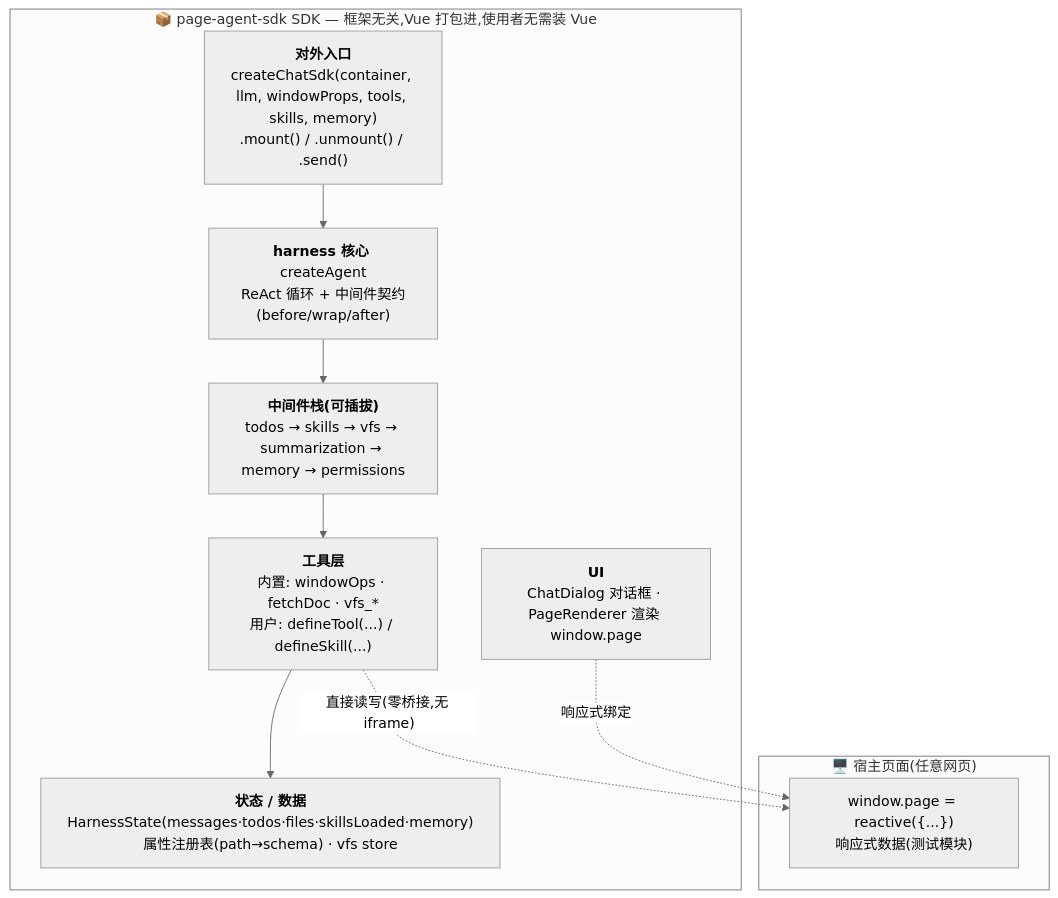
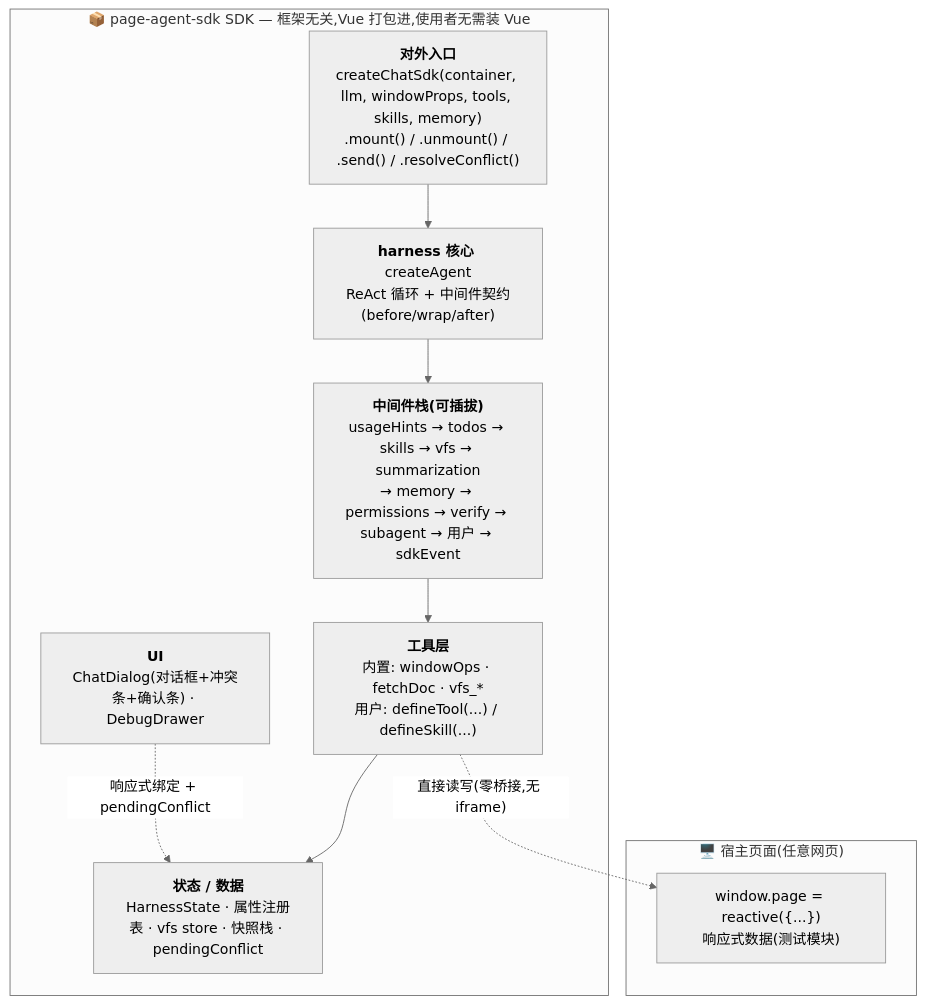
One commit to whyymj/chat-sdk changed the first of 6 diagrams in doc/architecture.md. Above: the diagram before and after it, drawn with Mermaid (neutral theme). The commit also changed other lines of this file and 22 other files, not shown here.

````diff
--- a/doc/architecture.md
+++ b/doc/architecture.md
@@ -12,18 +12,18 @@
 ```mermaid
 flowchart TD
   subgraph Host["🖥️ 宿主页面(任意网页)"]
     WP["window.page = reactive({...})<br/>响应式数据(测试模块)"]
   end
 
   subgraph SDK["📦 page-agent-sdk SDK — 框架无关,Vue 打包进,使用者无需装 Vue"]
-    Entry["<b>对外入口</b><br/>createChatSdk(container, llm, windowProps, tools, skills, memory)<br/>.mount() / .unmount() / .send()"]
+    Entry["<b>对外入口</b><br/>createChatSdk(container, llm, windowProps, tools, skills, memory)<br/>.mount() / .unmount() / .send() / .resolveConflict()"]
     Core["<b>harness 核心</b> createAgent<br/>ReAct 循环 + 中间件契约(before/wrap/after)"]
-    MW["<b>中间件栈(可插拔)</b><br/>todos → skills → vfs → summarization → memory → permissions"]
+    MW["<b>中间件栈(可插拔)</b><br/>usageHints → todos → skills → vfs → summarization<br/>→ memory → permissions → verify → subagent → 用户 → sdkEvent"]
     Tools["<b>工具层</b><br/>内置: windowOps · fetchDoc · vfs_*<br/>用户: defineTool(...) / defineSkill(...)"]
-    State["<b>状态 / 数据</b><br/>HarnessState(messages·todos·files·skillsLoaded·memory)<br/>属性注册表(path→schema) · vfs store"]
-    UI["<b>UI</b><br/>ChatDialog 对话框 · PageRenderer 渲染 window.page"]
+    State["<b>状态 / 数据</b><br/>HarnessState · 属性注册表 · vfs store · 快照栈 · pendingConflict"]
+    UI["<b>UI</b><br/>ChatDialog(对话框+冲突条+确认条) · DebugDrawer"]
     Entry --> Core --> MW --> Tools --> State
     Tools -. "直接读写(零桥接,无 iframe)" .-> WP
-    UI -. "响应式绑定" .-> WP
+    UI -. "响应式绑定 + pendingConflict" .-> State
   end
 ```
````
